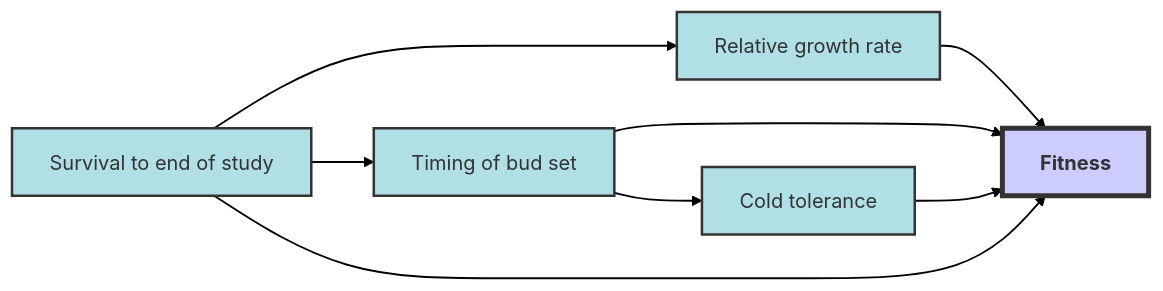
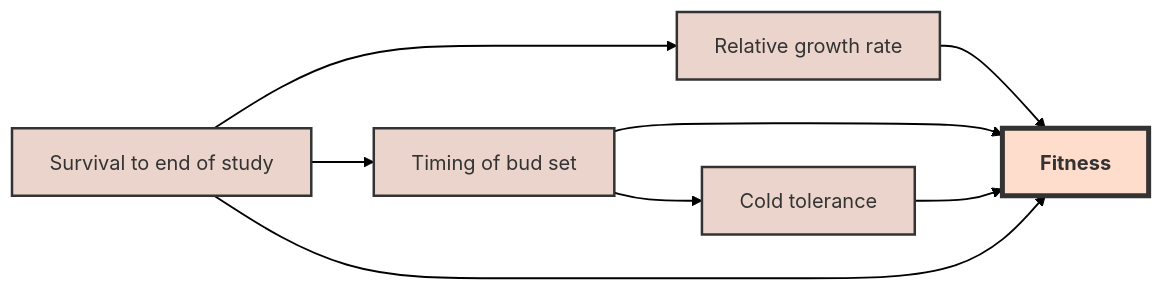
Before and after one commit to BMVerrico/Bio381_ComputationalBiology: the diagram in pathAnalysis1.md, drawn with Mermaid. The commit also changed 3 other files, not shown here.

````diff
--- a/pathAnalysis1.md
+++ b/pathAnalysis1.md
@@ -5,18 +5,18 @@
 ```mermaid
 graph LR;
 A[Survival to end of study]
 A --> B[Relative growth rate]
 A --> C[Timing of bud set]
 C --> D[Fitness]
 A --> D[<b>Fitness]
 B --> D
 C --> E[Cold tolerance]
 E --> D
 
 linkStyle default stroke-width:1.5px, fill:none, stroke:black
-style A fill:#B0E0E6,stroke:#333,stroke-width:2px;
-style B fill:#B0E0E6,stroke:#333,stroke-width:2px;
-style C fill:#B0E0E6,stroke:#333,stroke-width:2px;
-style D fill:#ccf,stroke:#333,stroke-width:4px;
-style E fill:#B0E0E6,stroke:#333,stroke-width:2px;
+style A fill:#ebd4cb,stroke:#333,stroke-width:2px;
+style B fill:#ebd4cb,stroke:#333,stroke-width:2px;
+style C fill:#ebd4cb,stroke:#333,stroke-width:2px;
+style D fill:#fdc,stroke:#333,stroke-width:4px;
+style E fill:#ebd4cb,stroke:#333,stroke-width:2px;
 ```
````
